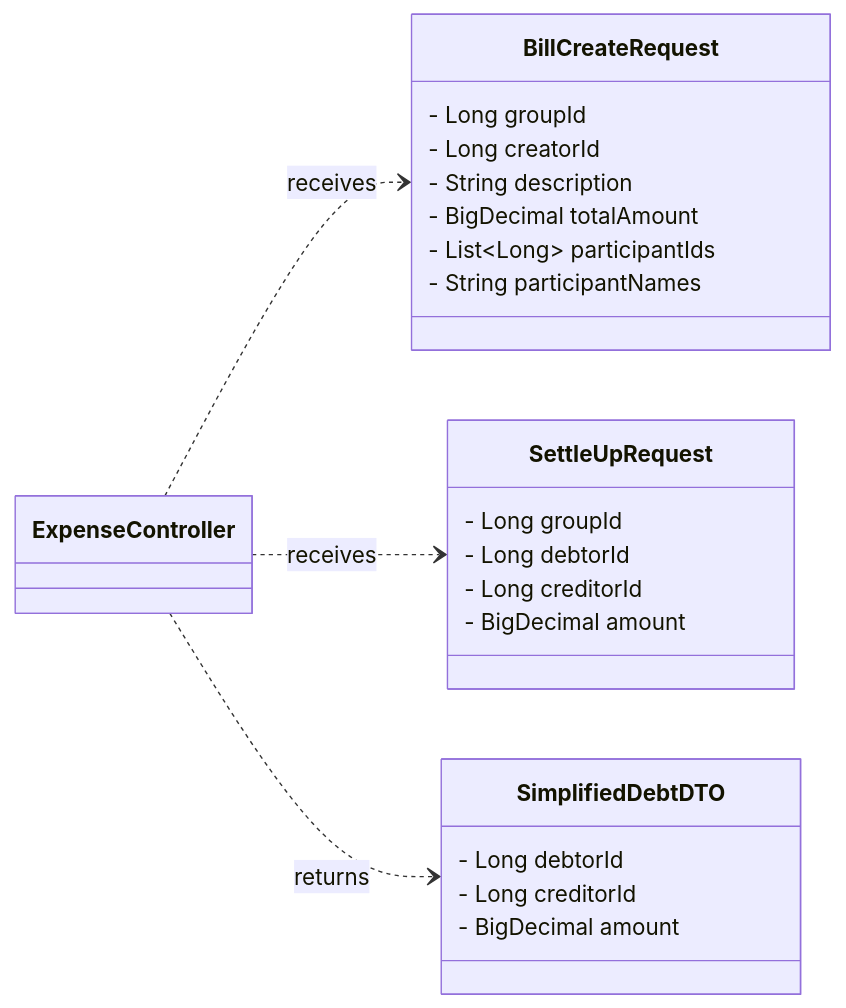
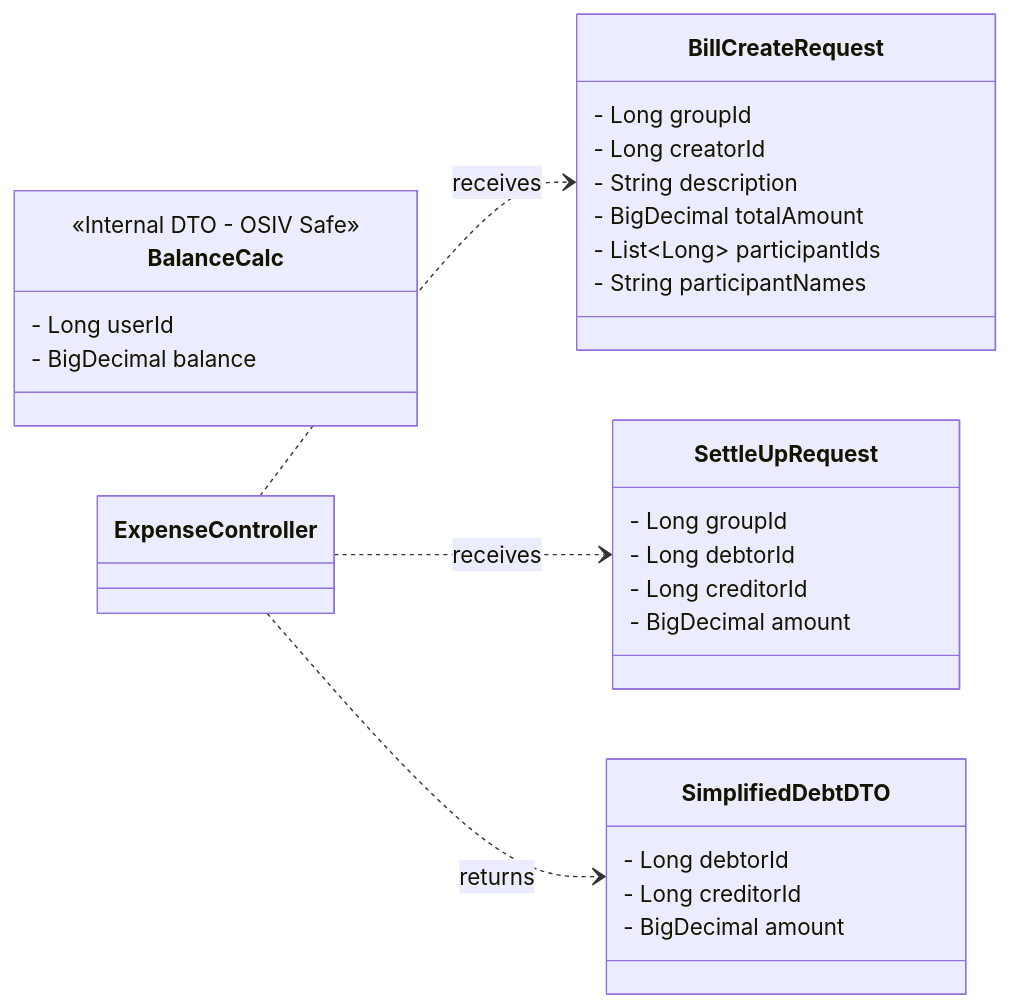
Before and after one commit to emberfox205/teilr: the fifth of 5 diagrams in CLASSDIAGRAM.md, drawn with Mermaid. The commit also changed other lines of this file and 1 other file, not shown here.

````diff
--- a/CLASSDIAGRAM.md
+++ b/CLASSDIAGRAM.md
@@ -287,30 +287,36 @@
 ```mermaid
 classDiagram
     direction LR
 
     class BillCreateRequest {
         - Long groupId
         - Long creatorId
         - String description
         - BigDecimal totalAmount
         - List~Long~ participantIds
         - String participantNames
     }
 
     class SettleUpRequest {
         - Long groupId
         - Long debtorId
         - Long creditorId
         - BigDecimal amount
     }
 
     class SimplifiedDebtDTO {
         - Long debtorId
         - Long creditorId
         - BigDecimal amount
     }
 
+    class BalanceCalc {
+        <<Internal DTO - OSIV Safe>>
+        - Long userId
+        - BigDecimal balance
+    }
+
     ExpenseController ..> BillCreateRequest : receives
     ExpenseController ..> SettleUpRequest : receives
     ExpenseController ..> SimplifiedDebtDTO : returns
 ```
````
